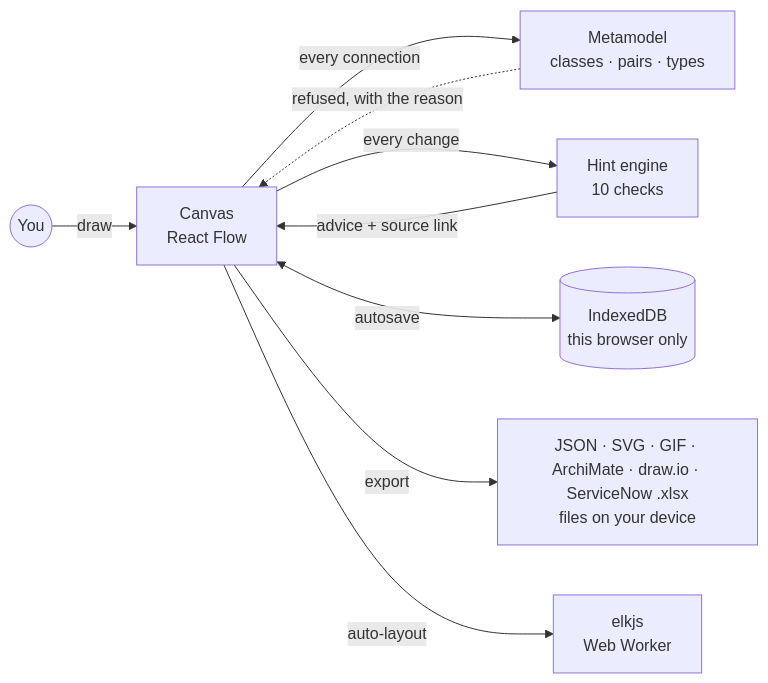
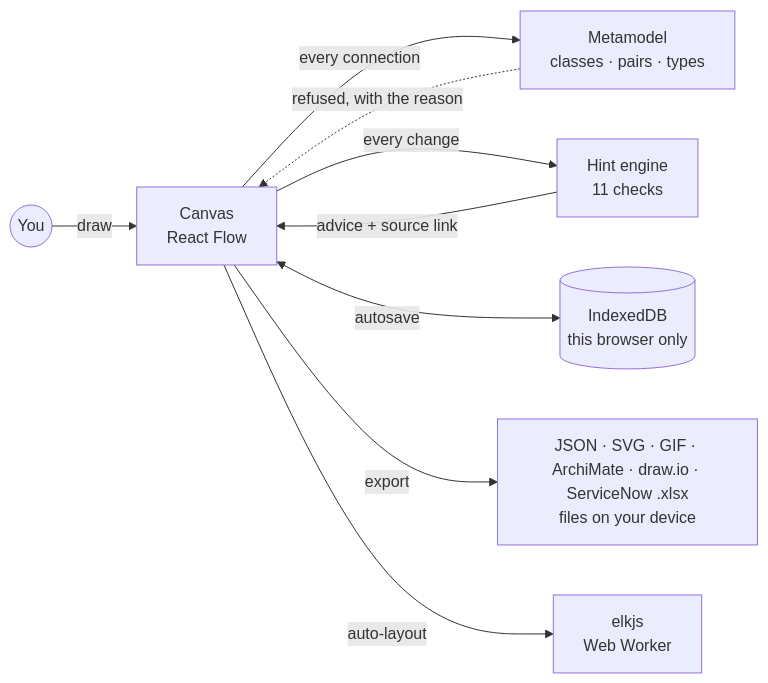
Before and after one commit to solventarchitect/blueprint-modeler: the diagram in README.md, drawn with Mermaid. The commit also changed other lines of this file and 7 other files, not shown here.

````diff
--- a/README.md
+++ b/README.md
@@ -77,11 +77,11 @@
 ```mermaid
 flowchart LR
   you(("You")) -->|draw| canvas["Canvas<br/>React Flow"]
   canvas -->|every connection| meta["Metamodel<br/>classes · pairs · types"]
   meta -.->|refused, with the reason| canvas
-  canvas -->|every change| hints["Hint engine<br/>10 checks"]
+  canvas -->|every change| hints["Hint engine<br/>11 checks"]
   hints -->|advice + source link| canvas
   canvas <-->|autosave| idb[("IndexedDB<br/>this browser only")]
   canvas -->|export| files["JSON · SVG · GIF · ArchiMate · draw.io · ServiceNow .xlsx<br/>files on your device"]
   canvas -->|auto-layout| worker["elkjs<br/>Web Worker"]
 ```
````
